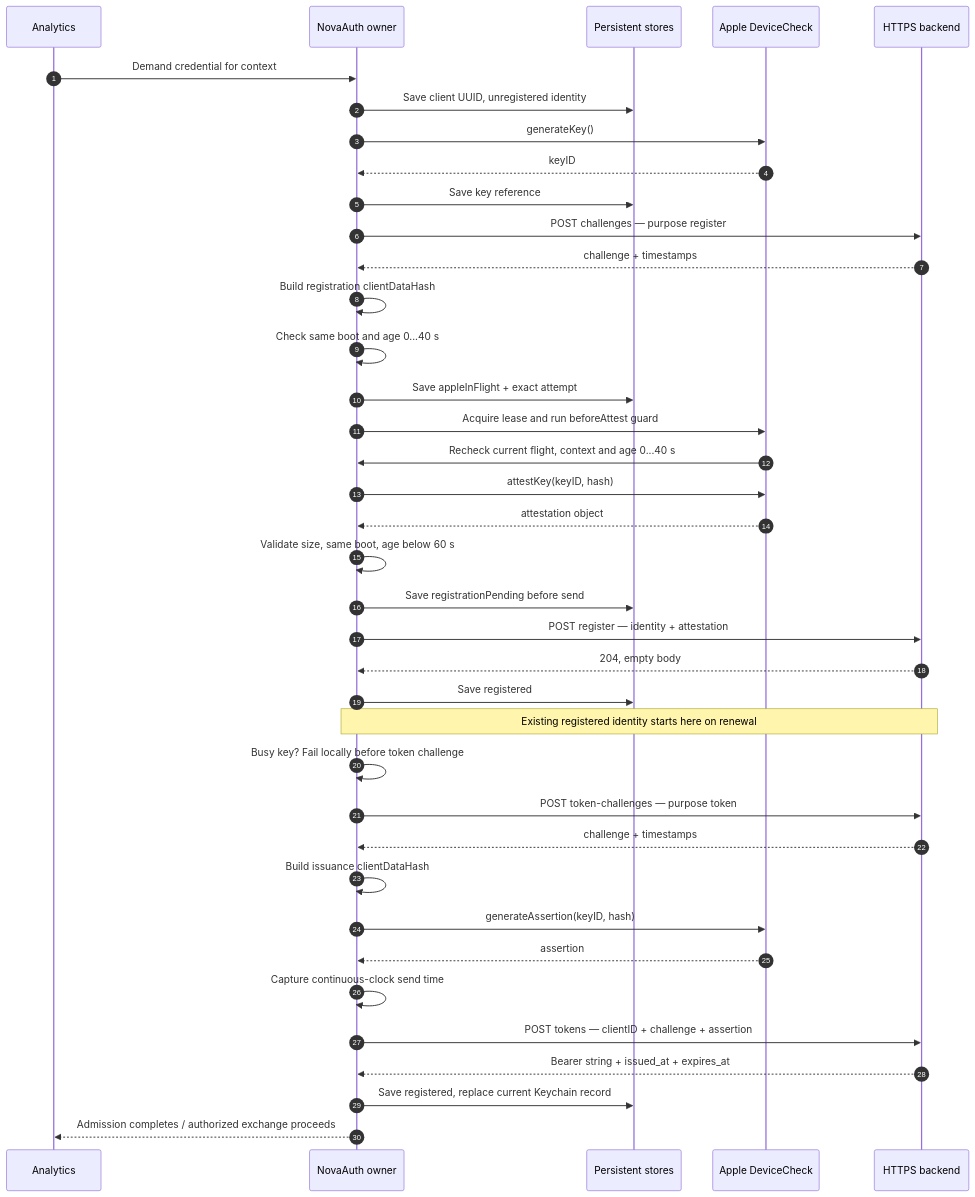
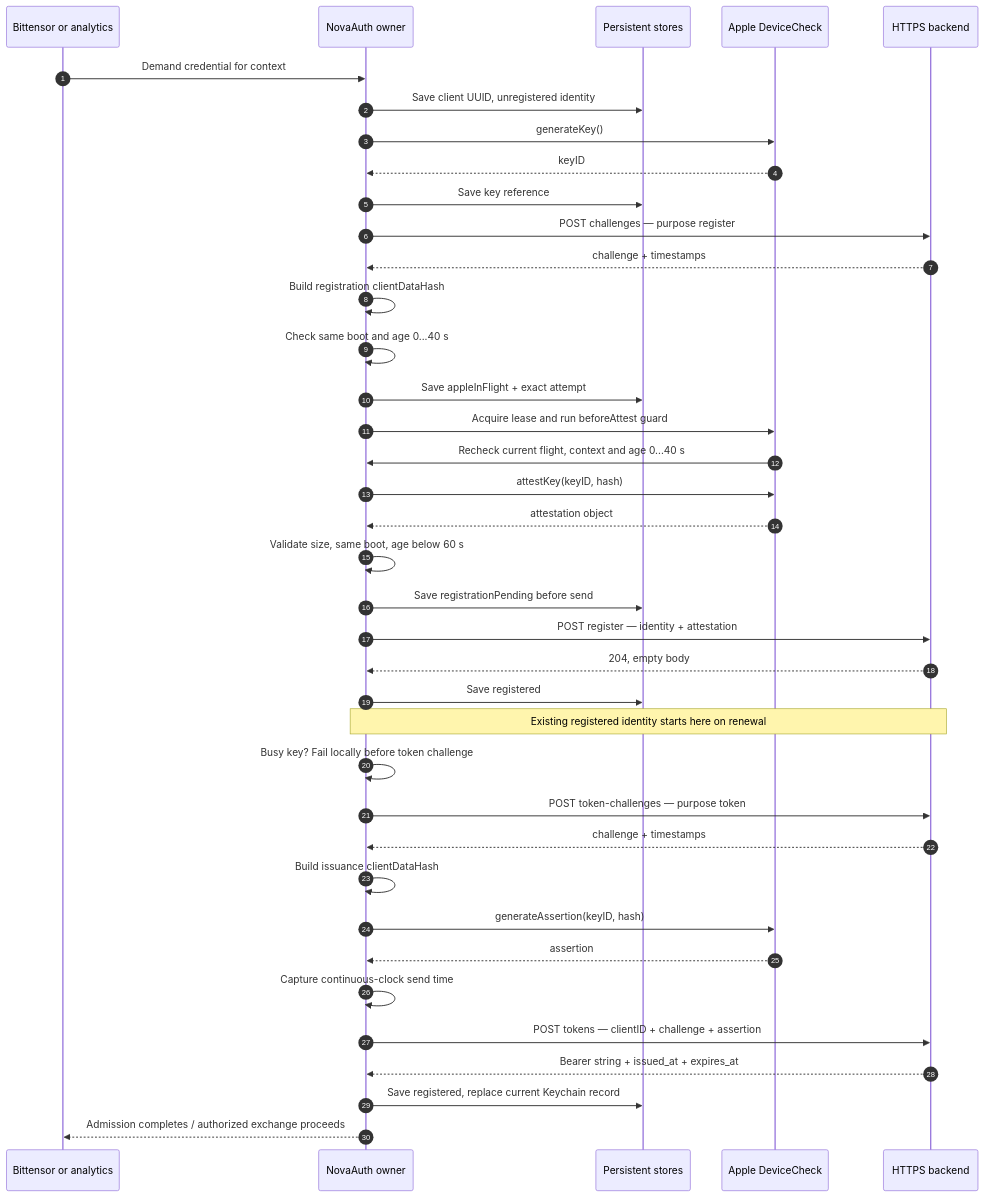
The second of 8 diagrams in .claude/docs/architecture/novaauth-client-diagrams.md (novasamatech/nova-wallet-ios), drawn with Mermaid before and after one commit. The commit also changed other lines of this file and 5 other files, not shown here.

````diff
--- a/.claude/docs/architecture/novaauth-client-diagrams.md
+++ b/.claude/docs/architecture/novaauth-client-diagrams.md
@@ -46,40 +48,40 @@
 ```mermaid
 sequenceDiagram
   autonumber
-  participant C as Analytics
+  participant C as Bittensor or analytics
   participant N as NovaAuth owner
   participant S as Persistent stores
   participant A as Apple DeviceCheck
   participant H as HTTPS backend
   C->>N: Demand credential for context
   N->>S: Save client UUID, unregistered identity
   N->>A: generateKey()
   A-->>N: keyID
   N->>S: Save key reference
   N->>H: POST challenges — purpose register
   H-->>N: challenge + timestamps
   N->>N: Build registration clientDataHash
   N->>N: Check same boot and age 0...40 s
   N->>S: Save appleInFlight + exact attempt
   N->>A: Acquire lease and run beforeAttest guard
   A->>N: Recheck current flight, context and age 0...40 s
   N->>A: attestKey(keyID, hash)
   A-->>N: attestation object
   N->>N: Validate size, same boot, age below 60 s
   N->>S: Save registrationPending before send
   N->>H: POST register — identity + attestation
   H-->>N: 204, empty body
   N->>S: Save registered
   Note over N,H: Existing registered identity starts here on renewal
   N->>N: Busy key? Fail locally before token challenge
   N->>H: POST token-challenges — purpose token
   H-->>N: challenge + timestamps
   N->>N: Build issuance clientDataHash
   N->>A: generateAssertion(keyID, hash)
   A-->>N: assertion
   N->>N: Capture continuous-clock send time
   N->>H: POST tokens — clientID + challenge + assertion
   H-->>N: Bearer string + issued_at + expires_at
   N->>S: Save registered, replace current Keychain record
   N-->>C: Admission completes / authorized exchange proceeds
 ```
````
